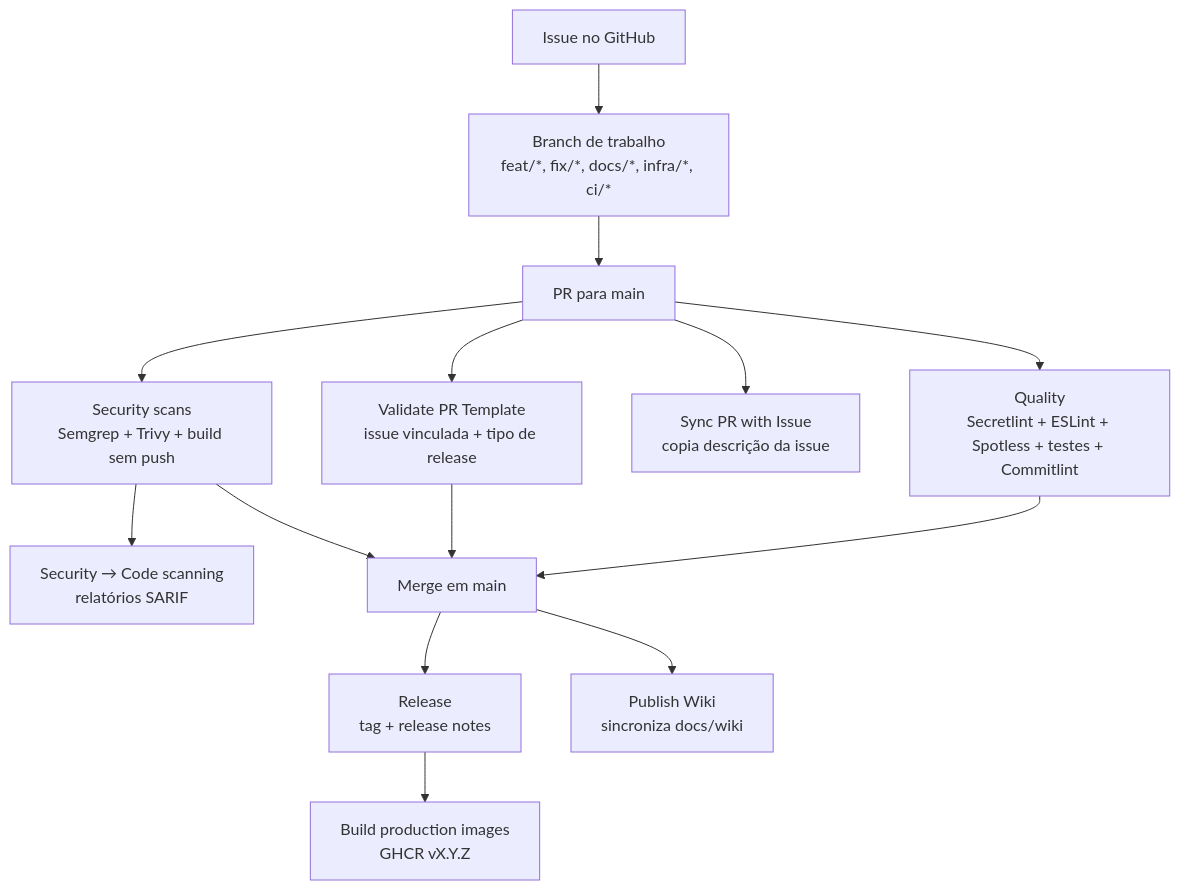
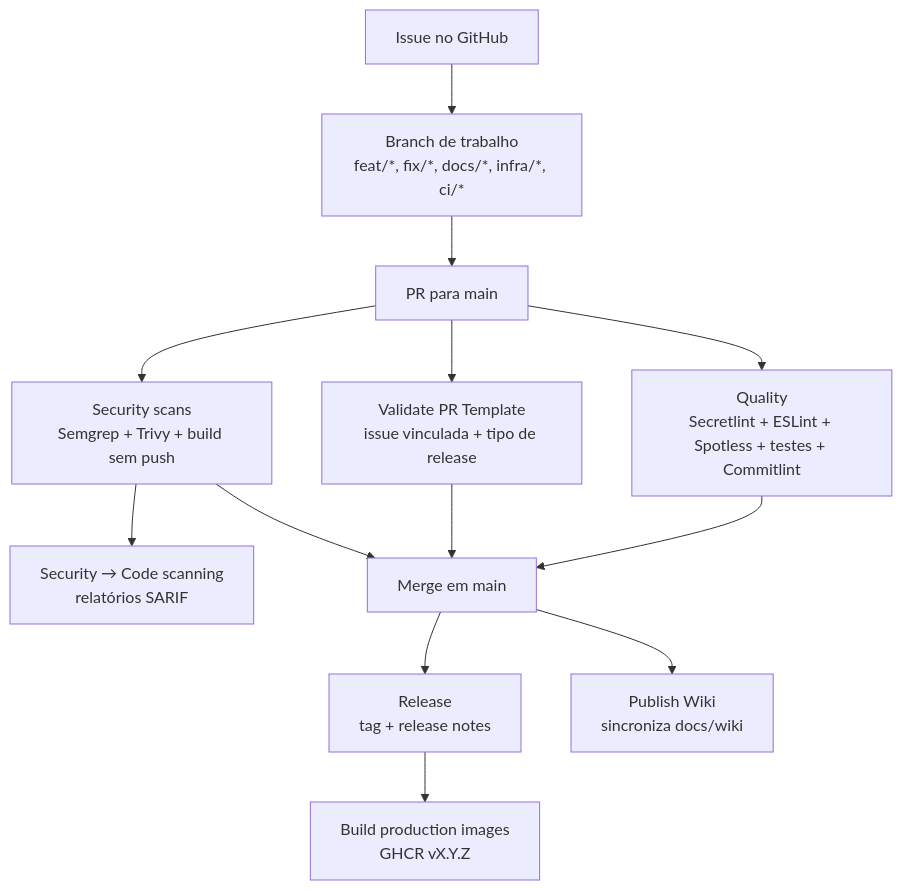
The first of 3 diagrams in docs/wiki/Esteira-de-CI-CD.md (ifpebj-ti/inventario-patrimonio-cces), drawn with Mermaid before and after one commit. The commit also changed other lines of this file and 6 other files, not shown here.

````diff
--- a/docs/wiki/Esteira-de-CI-CD.md
+++ b/docs/wiki/Esteira-de-CI-CD.md
@@ -7,28 +7,26 @@
 ```mermaid
 flowchart TD
     issue["Issue no GitHub"]
     branch["Branch de trabalho<br/>feat/*, fix/*, docs/*, infra/*, ci/*"]
     pr["PR para main"]
     quality["Quality<br/>Secretlint + ESLint + Spotless + testes + Commitlint"]
     prtemplate["Validate PR Template<br/>issue vinculada + tipo de release"]
-    syncissue["Sync PR with Issue<br/>copia descrição da issue"]
     security["Security scans<br/>Semgrep + Trivy + build sem push"]
     codeScanning["Security → Code scanning<br/>relatórios SARIF"]
     merge["Merge em main"]
     release["Release<br/>tag + release notes"]
     prodImages["Build production images<br/>GHCR vX.Y.Z"]
     wiki["Publish Wiki<br/>sincroniza docs/wiki"]
 
     issue --> branch --> pr
     pr --> quality
     pr --> prtemplate
-    pr --> syncissue
     pr --> security
     quality --> merge
     prtemplate --> merge
     security --> codeScanning
     security --> merge
     merge --> release
     merge --> wiki
     release --> prodImages
 ```
````
